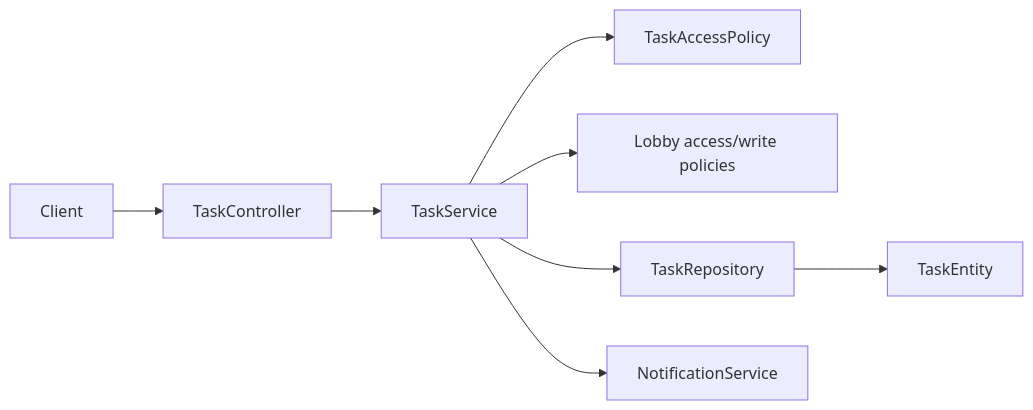
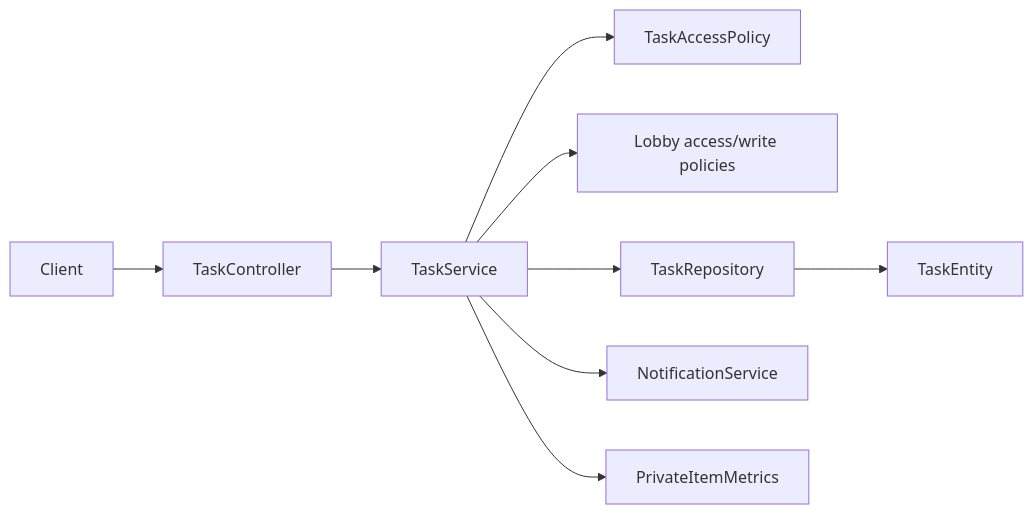
One commit to Pan14ek/lined changed the diagram in backend/lined/docs/product/tasks/CONTEXT.md. Above: the diagram before and after it, drawn with Mermaid. The commit also changed other lines of this file and 4 other files, not shown here.

Commit message:
Document private-item cross-surface audit

````diff
--- a/backend/lined/docs/product/tasks/CONTEXT.md
+++ b/backend/lined/docs/product/tasks/CONTEXT.md
@@ -21,10 +22,11 @@
 ```mermaid
 flowchart LR
   Client --> TC[TaskController]
   TC --> TS[TaskService]
   TS --> Access[TaskAccessPolicy]
   TS --> Lobby[Lobby access/write policies]
   TS --> Repo[TaskRepository]
   Repo --> Entity[TaskEntity]
   TS --> Notify[NotificationService]
+  TS --> Metrics[PrivateItemMetrics]
 ```
````
